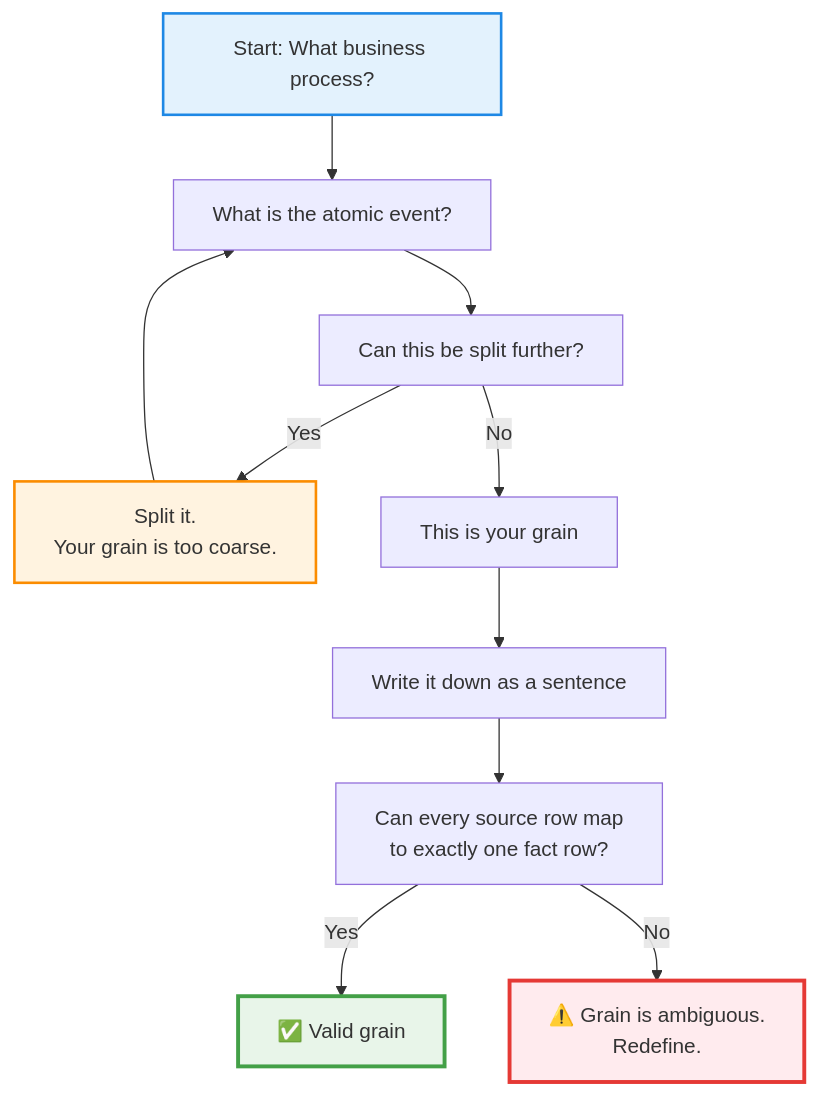
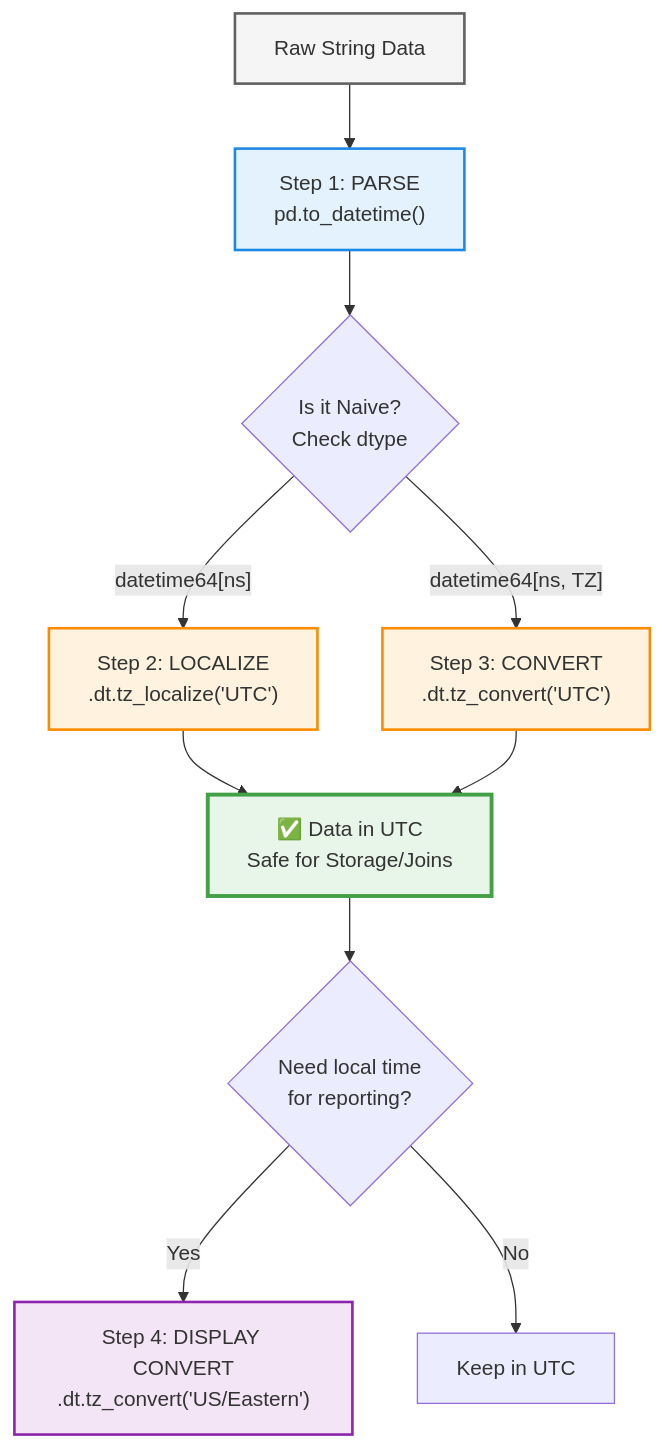
One commit to YasinSaberi/data-engineering-notes changed the third of 9 diagrams in data-modeling/Data engineering grain mismatch handling.md. Above: the diagram before and after it, drawn with Mermaid. The commit also changed other lines of this file, not shown here.

Commit message:
Update Data engineering grain mismatch handling.md

````diff
--- a/data-modeling/Data engineering grain mismatch handling.md
+++ b/data-modeling/Data engineering grain mismatch handling.md
@@ -48,17 +80,19 @@
 ```mermaid
 flowchart TD
-    A[Start: What business process?] --> B[What is the atomic event?]
-    B --> C[Can this be split further?]
-    C -->|Yes| D["Split it.<br/>Your grain is too coarse."]
-    C -->|No| E[This is your grain]
-    E --> F[Write it down as a sentence]
-    F --> G[Can every source row map<br/>to exactly one fact row?]
-    G -->|Yes| H[✅ Valid grain]
-    G -->|No| I["⚠️ Grain is ambiguous.<br/>Redefine."]
-    D --> B
+    A["Raw String Data"] --> B["Step 1: PARSE<br/>pd.to_datetime()"]
+    B --> C{Is it Naive?<br/>Check dtype}
+    C -->|"datetime64[ns]"| D["Step 2: LOCALIZE<br/>.dt.tz_localize('UTC')"]
+    C -->|"datetime64[ns, TZ]"| E["Step 3: CONVERT<br/>.dt.tz_convert('UTC')"]
+    D --> F["✅ Data in UTC<br/>Safe for Storage/Joins"]
+    E --> F
+    F --> G{"Need local time<br/>for reporting?"}
+    G -->|Yes| H["Step 4: DISPLAY CONVERT<br/>.dt.tz_convert('US/Eastern')"]
+    G -->|No| I["Keep in UTC"]
 
-    style A fill:#e3f2fd,stroke:#1e88e5,stroke-width:2px
-    style H fill:#e8f5e9,stroke:#43a047,stroke-width:3px
-    style I fill:#ffebee,stroke:#e53935,stroke-width:3px
+    style A fill:#f5f5f5,stroke:#616161,stroke-width:2px
+    style B fill:#e3f2fd,stroke:#1e88e5,stroke-width:2px
     style D fill:#fff3e0,stroke:#fb8c00,stroke-width:2px
+    style E fill:#fff3e0,stroke:#fb8c00,stroke-width:2px
+    style F fill:#e8f5e9,stroke:#43a047,stroke-width:3px
+    style H fill:#f3e5f5,stroke:#8e24aa,stroke-width:2px
 ```
````
